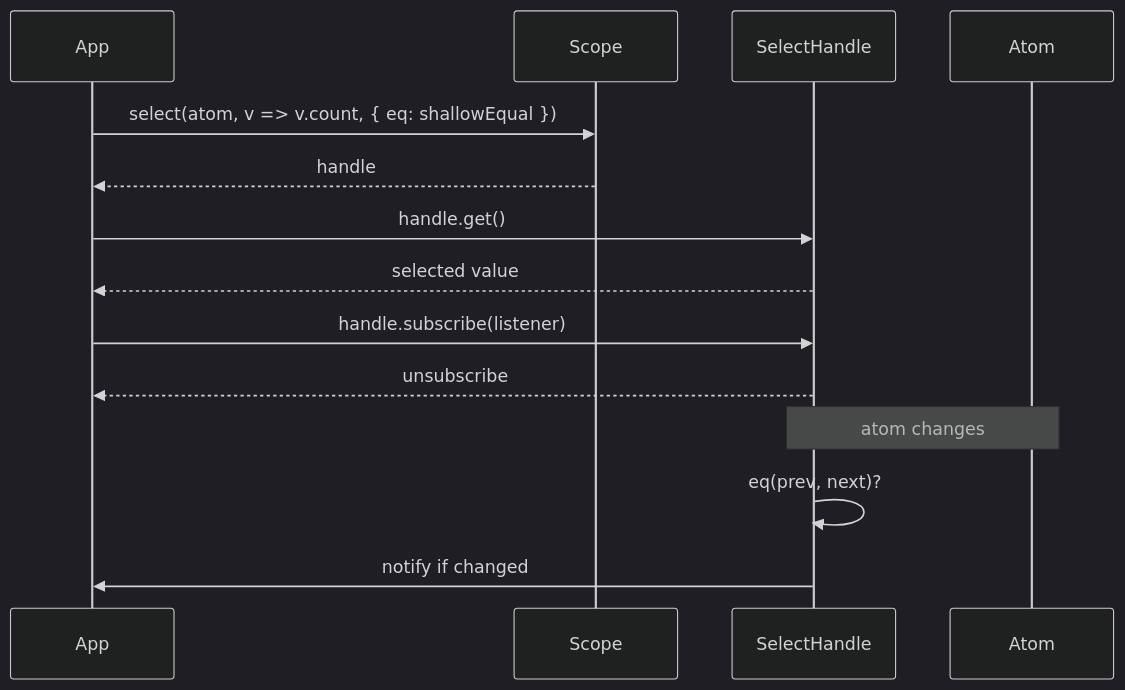
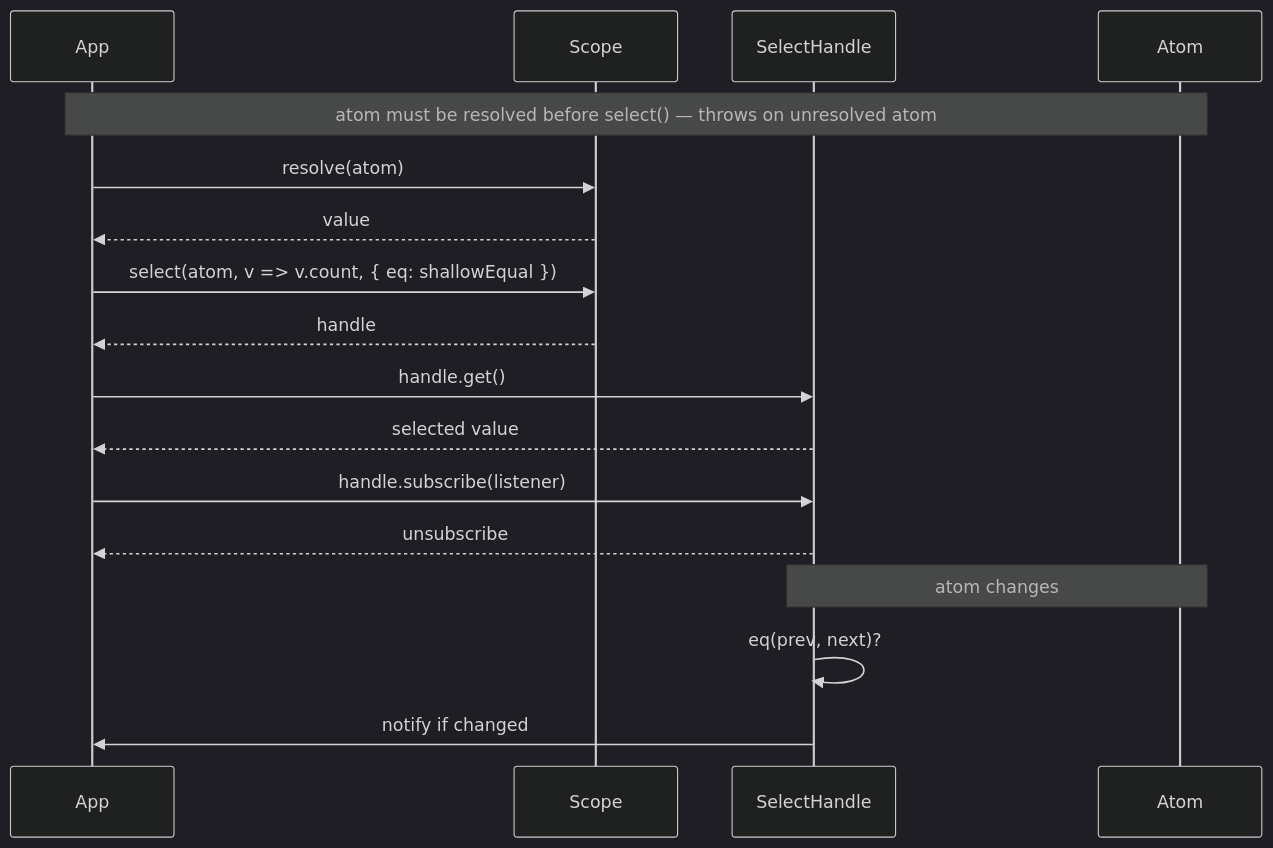
One commit to pumped-fn/pumped-fn changed the sixth of 11 diagrams in packages/lite/PATTERNS.md. Above: the diagram before and after it, drawn with Mermaid (dark theme). The commit also changed other lines of this file and 96 other files, not shown here.

````diff
--- a/packages/lite/PATTERNS.md
+++ b/packages/lite/PATTERNS.md
@@ -214,20 +226,24 @@
 ```mermaid
 sequenceDiagram
     participant App
     participant Scope
     participant Handle as SelectHandle
     participant Atom
+
+    Note over App,Atom: atom must be resolved before select() — throws on unresolved atom
+    App->>Scope: resolve(atom)
+    Scope-->>App: value
 
     App->>Scope: select(atom, v => v.count, { eq: shallowEqual })
     Scope-->>App: handle
 
     App->>Handle: handle.get()
     Handle-->>App: selected value
 
     App->>Handle: handle.subscribe(listener)
     Handle-->>App: unsubscribe
 
     Note over Atom,Handle: atom changes
     Handle->>Handle: eq(prev, next)?
     Handle->>App: notify if changed
 ```
````
